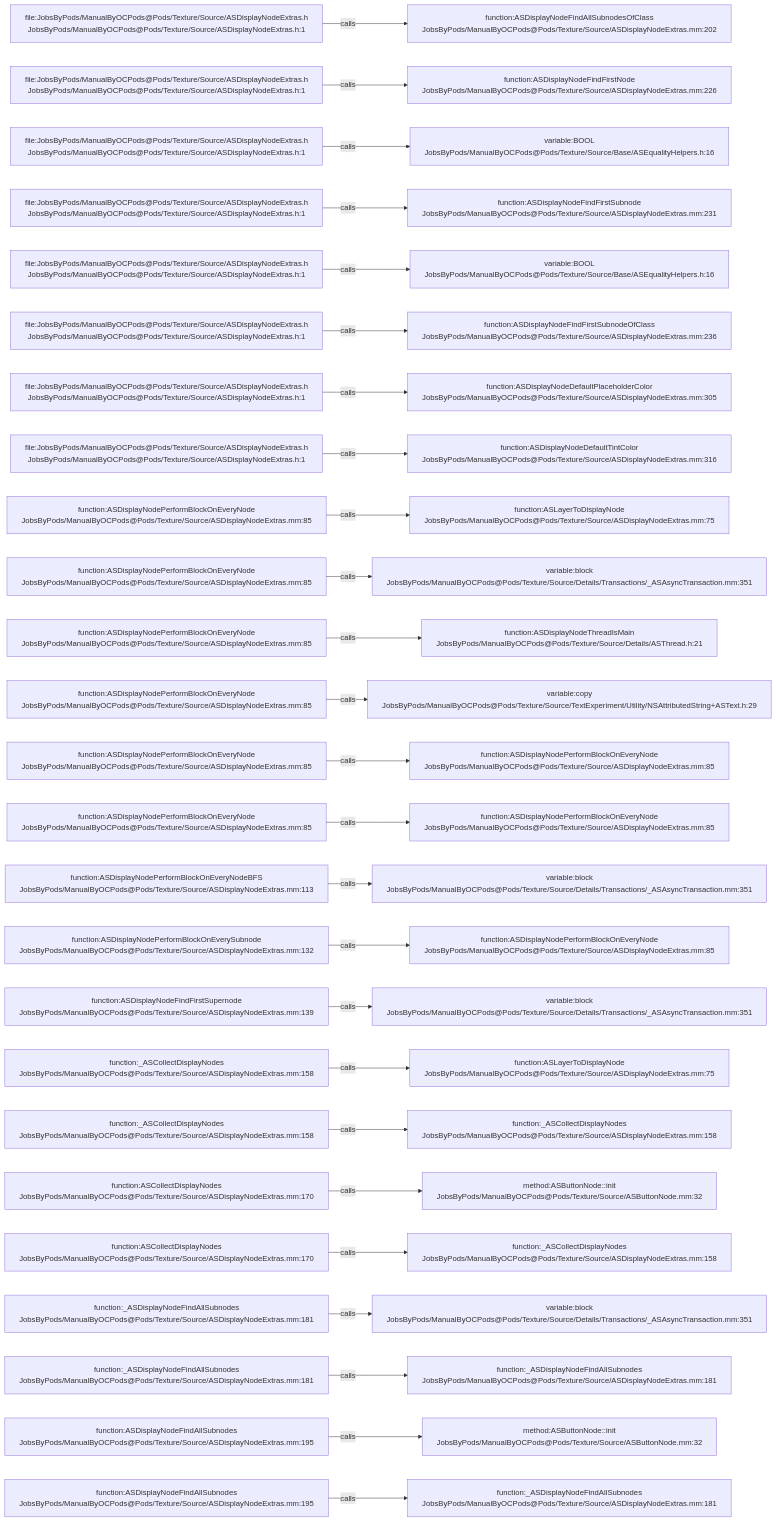
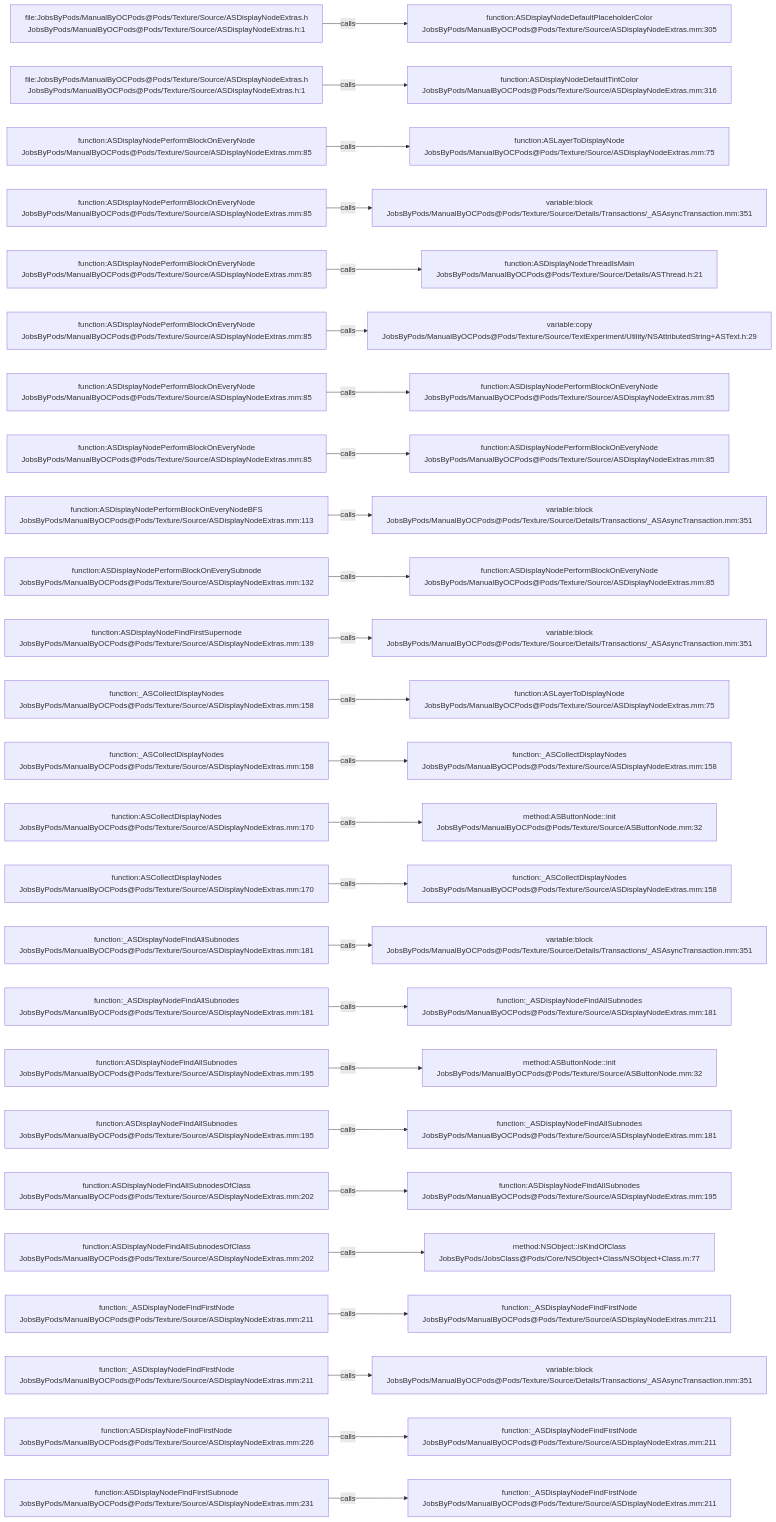
One commit to JobsKits/JobsOCBaseConfigDemo changed the diagram in .codegraph/codegraph.md/graphs/calls-098.md. Above: the diagram before and after it, drawn with Mermaid. The commit also changed 666 other files, not shown here.

````diff
--- a/.codegraph/codegraph.md/graphs/calls-098.md
+++ b/.codegraph/codegraph.md/graphs/calls-098.md
@@ -13,78 +13,78 @@
 ```mermaid
 flowchart LR
   S1["file:JobsByPods/ManualByOCPods@Pods/Texture/Source/ASDisplayNodeExtras.h<br/>JobsByPods/ManualByOCPods@Pods/Texture/Source/ASDisplayNodeExtras.h:1"]
-  T1["function:ASDisplayNodeFindAllSubnodesOfClass<br/>JobsByPods/ManualByOCPods@Pods/Texture/Source/ASDisplayNodeExtras.mm:202"]
+  T1["function:ASDisplayNodeDefaultPlaceholderColor<br/>JobsByPods/ManualByOCPods@Pods/Texture/Source/ASDisplayNodeExtras.mm:305"]
   S1 -->|calls| T1
   S2["file:JobsByPods/ManualByOCPods@Pods/Texture/Source/ASDisplayNodeExtras.h<br/>JobsByPods/ManualByOCPods@Pods/Texture/Source/ASDisplayNodeExtras.h:1"]
-  T2["function:ASDisplayNodeFindFirstNode<br/>JobsByPods/ManualByOCPods@Pods/Texture/Source/ASDisplayNodeExtras.mm:226"]
+  T2["function:ASDisplayNodeDefaultTintColor<br/>JobsByPods/ManualByOCPods@Pods/Texture/Source/ASDisplayNodeExtras.mm:316"]
   S2 -->|calls| T2
-  S3["file:JobsByPods/ManualByOCPods@Pods/Texture/Source/ASDisplayNodeExtras.h<br/>JobsByPods/ManualByOCPods@Pods/Texture/Source/ASDisplayNodeExtras.h:1"]
-  T3["variable:BOOL<br/>JobsByPods/ManualByOCPods@Pods/Texture/Source/Base/ASEqualityHelpers.h:16"]
+  S3["function:ASDisplayNodePerformBlockOnEveryNode<br/>JobsByPods/ManualByOCPods@Pods/Texture/Source/ASDisplayNodeExtras.mm:85"]
+  T3["function:ASLayerToDisplayNode<br/>JobsByPods/ManualByOCPods@Pods/Texture/Source/ASDisplayNodeExtras.mm:75"]
   S3 -->|calls| T3
-  S4["file:JobsByPods/ManualByOCPods@Pods/Texture/Source/ASDisplayNodeExtras.h<br/>JobsByPods/ManualByOCPods@Pods/Texture/Source/ASDisplayNodeExtras.h:1"]
-  T4["function:ASDisplayNodeFindFirstSubnode<br/>JobsByPods/ManualByOCPods@Pods/Texture/Source/ASDisplayNodeExtras.mm:231"]
+  S4["function:ASDisplayNodePerformBlockOnEveryNode<br/>JobsByPods/ManualByOCPods@Pods/Texture/Source/ASDisplayNodeExtras.mm:85"]
+  T4["variable:block<br/>JobsByPods/ManualByOCPods@Pods/Texture/Source/Details/Transactions/_ASAsyncTransaction.mm:351"]
   S4 -->|calls| T4
-  S5["file:JobsByPods/ManualByOCPods@Pods/Texture/Source/ASDisplayNodeExtras.h<br/>JobsByPods/ManualByOCPods@Pods/Texture/Source/ASDisplayNodeExtras.h:1"]
-  T5["variable:BOOL<br/>JobsByPods/ManualByOCPods@Pods/Texture/Source/Base/ASEqualityHelpers.h:16"]
+  S5["function:ASDisplayNodePerformBlockOnEveryNode<br/>JobsByPods/ManualByOCPods@Pods/Texture/Source/ASDisplayNodeExtras.mm:85"]
+  T5["function:ASDisplayNodeThreadIsMain<br/>JobsByPods/ManualByOCPods@Pods/Texture/Source/Details/ASThread.h:21"]
   S5 -->|calls| T5
-  S6["file:JobsByPods/ManualByOCPods@Pods/Texture/Source/ASDisplayNodeExtras.h<br/>JobsByPods/ManualByOCPods@Pods/Texture/Source/ASDisplayNodeExtras.h:1"]
-  T6["function:ASDisplayNodeFindFirstSubnodeOfClass<br/>JobsByPods/ManualByOCPods@Pods/Texture/Source/ASDisplayNodeExtras.mm:236"]
+  S6["function:ASDisplayNodePerformBlockOnEveryNode<br/>JobsByPods/ManualByOCPods@Pods/Texture/Source/ASDisplayNodeExtras.mm:85"]
+  T6["variable:copy<br/>JobsByPods/ManualByOCPods@Pods/Texture/Source/TextExperiment/Utility/NSAttributedString+ASText.h:29"]
   S6 -->|calls| T6
-  S7["file:JobsByPods/ManualByOCPods@Pods/Texture/Source/ASDisplayNodeExtras.h<br/>JobsByPods/ManualByOCPods@Pods/Texture/Source/ASDisplayNodeExtras.h:1"]
-  T7["function:ASDisplayNodeDefaultPlaceholderColor<br/>JobsByPods/ManualByOCPods@Pods/Texture/Source/ASDisplayNodeExtras.mm:305"]
+  S7["function:ASDisplayNodePerformBlockOnEveryNode<br/>JobsByPods/ManualByOCPods@Pods/Texture/Source/ASDisplayNodeExtras.mm:85"]
+  T7["function:ASDisplayNodePerformBlockOnEveryNode<br/>JobsByPods/ManualByOCPods@Pods/Texture/Source/ASDisplayNodeExtras.mm:85"]
   S7 -->|calls| T7
-  S8["file:JobsByPods/ManualByOCPods@Pods/Texture/Source/ASDisplayNodeExtras.h<br/>JobsByPods/ManualByOCPods@Pods/Texture/Source/ASDisplayNodeExtras.h:1"]
-  T8["function:ASDisplayNodeDefaultTintColor<br/>JobsByPods/ManualByOCPods@Pods/Texture/Source/ASDisplayNodeExtras.mm:316"]
+  S8["function:ASDisplayNodePerformBlockOnEveryNode<br/>JobsByPods/ManualByOCPods@Pods/Texture/Source/ASDisplayNodeExtras.mm:85"]
+  T8["function:ASDisplayNodePerformBlockOnEveryNode<br/>JobsByPods/ManualByOCPods@Pods/Texture/Source/ASDisplayNodeExtras.mm:85"]
   S8 -->|calls| T8
-  S9["function:ASDisplayNodePerformBlockOnEveryNode<br/>JobsByPods/ManualByOCPods@Pods/Texture/Source/ASDisplayNodeExtras.mm:85"]
-  T9["function:ASLayerToDisplayNode<br/>JobsByPods/ManualByOCPods@Pods/Texture/Source/ASDisplayNodeExtras.mm:75"]
+  S9["function:ASDisplayNodePerformBlockOnEveryNodeBFS<br/>JobsByPods/ManualByOCPods@Pods/Texture/Source/ASDisplayNodeExtras.mm:113"]
+  T9["variable:block<br/>JobsByPods/ManualByOCPods@Pods/Texture/Source/Details/Transactions/_ASAsyncTransaction.mm:351"]
   S9 -->|calls| T9
-  S10["function:ASDisplayNodePerformBlockOnEveryNode<br/>JobsByPods/ManualByOCPods@Pods/Texture/Source/ASDisplayNodeExtras.mm:85"]
-  T10["variable:block<br/>JobsByPods/ManualByOCPods@Pods/Texture/Source/Details/Transactions/_ASAsyncTransaction.mm:351"]
+  S10["function:ASDisplayNodePerformBlockOnEverySubnode<br/>JobsByPods/ManualByOCPods@Pods/Texture/Source/ASDisplayNodeExtras.mm:132"]
+  T10["function:ASDisplayNodePerformBlockOnEveryNode<br/>JobsByPods/ManualByOCPods@Pods/Texture/Source/ASDisplayNodeExtras.mm:85"]
   S10 -->|calls| T10
-  S11["function:ASDisplayNodePerformBlockOnEveryNode<br/>JobsByPods/ManualByOCPods@Pods/Texture/Source/ASDisplayNodeExtras.mm:85"]
-  T11["function:ASDisplayNodeThreadIsMain<br/>JobsByPods/ManualByOCPods@Pods/Texture/Source/Details/ASThread.h:21"]
+  S11["function:ASDisplayNodeFindFirstSupernode<br/>JobsByPods/ManualByOCPods@Pods/Texture/Source/ASDisplayNodeExtras.mm:139"]
+  T11["variable:block<br/>JobsByPods/ManualByOCPods@Pods/Texture/Source/Details/Transactions/_ASAsyncTransaction.mm:351"]
   S11 -->|calls| T11
-  S12["function:ASDisplayNodePerformBlockOnEveryNode<br/>JobsByPods/ManualByOCPods@Pods/Texture/Source/ASDisplayNodeExtras.mm:85"]
-  T12["variable:copy<br/>JobsByPods/ManualByOCPods@Pods/Texture/Source/TextExperiment/Utility/NSAttributedString+ASText.h:29"]
+  S12["function:_ASCollectDisplayNodes<br/>JobsByPods/ManualByOCPods@Pods/Texture/Source/ASDisplayNodeExtras.mm:158"]
+  T12["function:ASLayerToDisplayNode<br/>JobsByPods/ManualByOCPods@Pods/Texture/Source/ASDisplayNodeExtras.mm:75"]
   S12 -->|calls| T12
-  S13["function:ASDisplayNodePerformBlockOnEveryNode<br/>JobsByPods/ManualByOCPods@Pods/Texture/Source/ASDisplayNodeExtras.mm:85"]
-  T13["function:ASDisplayNodePerformBlockOnEveryNode<br/>JobsByPods/ManualByOCPods@Pods/Texture/Source/ASDisplayNodeExtras.mm:85"]
+  S13["function:_ASCollectDisplayNodes<br/>JobsByPods/ManualByOCPods@Pods/Texture/Source/ASDisplayNodeExtras.mm:158"]
+  T13["function:_ASCollectDisplayNodes<br/>JobsByPods/ManualByOCPods@Pods/Texture/Source/ASDisplayNodeExtras.mm:158"]
   S13 -->|calls| T13
-  S14["function:ASDisplayNodePerformBlockOnEveryNode<br/>JobsByPods/ManualByOCPods@Pods/Texture/Source/ASDisplayNodeExtras.mm:85"]
-  T14["function:ASDisplayNodePerformBlockOnEveryNode<br/>JobsByPods/ManualByOCPods@Pods/Texture/Source/ASDisplayNodeExtras.mm:85"]
+  S14["function:ASCollectDisplayNodes<br/>JobsByPods/ManualByOCPods@Pods/Texture/Source/ASDisplayNodeExtras.mm:170"]
+  T14["method:ASButtonNode::init<br/>JobsByPods/ManualByOCPods@Pods/Texture/Source/ASButtonNode.mm:32"]
   S14 -->|calls| T14
-  S15["function:ASDisplayNodePerformBlockOnEveryNodeBFS<br/>JobsByPods/ManualByOCPods@Pods/Texture/Source/ASDisplayNodeExtras.mm:113"]
-  T15["variable:block<br/>JobsByPods/ManualByOCPods@Pods/Texture/Source/Details/Transactions/_ASAsyncTransaction.mm:351"]
+  S15["function:ASCollectDisplayNodes<br/>JobsByPods/ManualByOCPods@Pods/Texture/Source/ASDisplayNodeExtras.mm:170"]
+  T15["function:_ASCollectDisplayNodes<br/>JobsByPods/ManualByOCPods@Pods/Texture/Source/ASDisplayNodeExtras.mm:158"]
   S15 -->|calls| T15
-  S16["function:ASDisplayNodePerformBlockOnEverySubnode<br/>JobsByPods/ManualByOCPods@Pods/Texture/Source/ASDisplayNodeExtras.mm:132"]
-  T16["function:ASDisplayNodePerformBlockOnEveryNode<br/>JobsByPods/ManualByOCPods@Pods/Texture/Source/ASDisplayNodeExtras.mm:85"]
+  S16["function:_ASDisplayNodeFindAllSubnodes<br/>JobsByPods/ManualByOCPods@Pods/Texture/Source/ASDisplayNodeExtras.mm:181"]
+  T16["variable:block<br/>JobsByPods/ManualByOCPods@Pods/Texture/Source/Details/Transactions/_ASAsyncTransaction.mm:351"]
   S16 -->|calls| T16
-  S17["function:ASDisplayNodeFindFirstSupernode<br/>JobsByPods/ManualByOCPods@Pods/Texture/Source/ASDisplayNodeExtras.mm:139"]
-  T17["variable:block<br/>JobsByPods/ManualByOCPods@Pods/Texture/Source/Details/Transactions/_ASAsyncTransaction.mm:351"]
+  S17["function:_ASDisplayNodeFindAllSubnodes<br/>JobsByPods/ManualByOCPods@Pods/Texture/Source/ASDisplayNodeExtras.mm:181"]
+  T17["function:_ASDisplayNodeFindAllSubnodes<br/>JobsByPods/ManualByOCPods@Pods/Texture/Source/ASDisplayNodeExtras.mm:181"]
   S17 -->|calls| T17
-  S18["function:_ASCollectDisplayNodes<br/>JobsByPods/ManualByOCPods@Pods/Texture/Source/ASDisplayNodeExtras.mm:158"]
-  T18["function:ASLayerToDisplayNode<br/>JobsByPods/ManualByOCPods@Pods/Texture/Source/ASDisplayNodeExtras.mm:75"]
+  S18["function:ASDisplayNodeFindAllSubnodes<br/>JobsByPods/ManualByOCPods@Pods/Texture/Source/ASDisplayNodeExtras.mm:195"]
+  T18["method:ASButtonNode::init<br/>JobsByPods/ManualByOCPods@Pods/Texture/Source/ASButtonNode.mm:32"]
   S18 -->|calls| T18
-  S19["function:_ASCollectDisplayNodes<br/>JobsByPods/ManualByOCPods@Pods/Texture/Source/ASDisplayNodeExtras.mm:158"]
-  T19["function:_ASCollectDisplayNodes<br/>JobsByPods/ManualByOCPods@Pods/Texture/Source/ASDisplayNodeExtras.mm:158"]
+  S19["function:ASDisplayNodeFindAllSubnodes<br/>JobsByPods/ManualByOCPods@Pods/Texture/Source/ASDisplayNodeExtras.mm:195"]
+  T19["function:_ASDisplayNodeFindAllSubnodes<br/>JobsByPods/ManualByOCPods@Pods/Texture/Source/ASDisplayNodeExtras.mm:181"]
   S19 -->|calls| T19
-  S20["function:ASCollectDisplayNodes<br/>JobsByPods/ManualByOCPods@Pods/Texture/Source/ASDisplayNodeExtras.mm:170"]
-  T20["method:ASButtonNode::init<br/>JobsByPods/ManualByOCPods@Pods/Texture/Source/ASButtonNode.mm:32"]
+  S20["function:ASDisplayNodeFindAllSubnodesOfClass<br/>JobsByPods/ManualByOCPods@Pods/Texture/Source/ASDisplayNodeExtras.mm:202"]
+  T20["function:ASDisplayNodeFindAllSubnodes<br/>JobsByPods/ManualByOCPods@Pods/Texture/Source/ASDisplayNodeExtras.mm:195"]
   S20 -->|calls| T20
-  S21["function:ASCollectDisplayNodes<br/>JobsByPods/ManualByOCPods@Pods/Texture/Source/ASDisplayNodeExtras.mm:170"]
-  T21["function:_ASCollectDisplayNodes<br/>JobsByPods/ManualByOCPods@Pods/Texture/Source/ASDisplayNodeExtras.mm:158"]
+  S21["function:ASDisplayNodeFindAllSubnodesOfClass<br/>JobsByPods/ManualByOCPods@Pods/Texture/Source/ASDisplayNodeExtras.mm:202"]
+  T21["method:NSObject::isKindOfClass<br/>JobsByPods/JobsClass@Pods/Core/NSObject+Class/NSObject+Class.m:77"]
   S21 -->|calls| T21
-  S22["function:_ASDisplayNodeFindAllSubnodes<br/>JobsByPods/ManualByOCPods@Pods/Texture/Source/ASDisplayNodeExtras.mm:181"]
-  T22["variable:block<br/>JobsByPods/ManualByOCPods@Pods/Texture/Source/Details/Transactions/_ASAsyncTransaction.mm:351"]
+  S22["function:_ASDisplayNodeFindFirstNode<br/>JobsByPods/ManualByOCPods@Pods/Texture/Source/ASDisplayNodeExtras.mm:211"]
+  T22["function:_ASDisplayNodeFindFirstNode<br/>JobsByPods/ManualByOCPods@Pods/Texture/Source/ASDisplayNodeExtras.mm:211"]
   S22 -->|calls| T22
-  S23["function:_ASDisplayNodeFindAllSubnodes<br/>JobsByPods/ManualByOCPods@Pods/Texture/Source/ASDisplayNodeExtras.mm:181"]
-  T23["function:_ASDisplayNodeFindAllSubnodes<br/>JobsByPods/ManualByOCPods@Pods/Texture/Source/ASDisplayNodeExtras.mm:181"]
+  S23["function:_ASDisplayNodeFindFirstNode<br/>JobsByPods/ManualByOCPods@Pods/Texture/Source/ASDisplayNodeExtras.mm:211"]
+  T23["variable:block<br/>JobsByPods/ManualByOCPods@Pods/Texture/Source/Details/Transactions/_ASAsyncTransaction.mm:351"]
   S23 -->|calls| T23
-  S24["function:ASDisplayNodeFindAllSubnodes<br/>JobsByPods/ManualByOCPods@Pods/Texture/Source/ASDisplayNodeExtras.mm:195"]
-  T24["method:ASButtonNode::init<br/>JobsByPods/ManualByOCPods@Pods/Texture/Source/ASButtonNode.mm:32"]
+  S24["function:ASDisplayNodeFindFirstNode<br/>JobsByPods/ManualByOCPods@Pods/Texture/Source/ASDisplayNodeExtras.mm:226"]
+  T24["function:_ASDisplayNodeFindFirstNode<br/>JobsByPods/ManualByOCPods@Pods/Texture/Source/ASDisplayNodeExtras.mm:211"]
   S24 -->|calls| T24
-  S25["function:ASDisplayNodeFindAllSubnodes<br/>JobsByPods/ManualByOCPods@Pods/Texture/Source/ASDisplayNodeExtras.mm:195"]
-  T25["function:_ASDisplayNodeFindAllSubnodes<br/>JobsByPods/ManualByOCPods@Pods/Texture/Source/ASDisplayNodeExtras.mm:181"]
+  S25["function:ASDisplayNodeFindFirstSubnode<br/>JobsByPods/ManualByOCPods@Pods/Texture/Source/ASDisplayNodeExtras.mm:231"]
+  T25["function:_ASDisplayNodeFindFirstNode<br/>JobsByPods/ManualByOCPods@Pods/Texture/Source/ASDisplayNodeExtras.mm:211"]
   S25 -->|calls| T25
 ```
````
